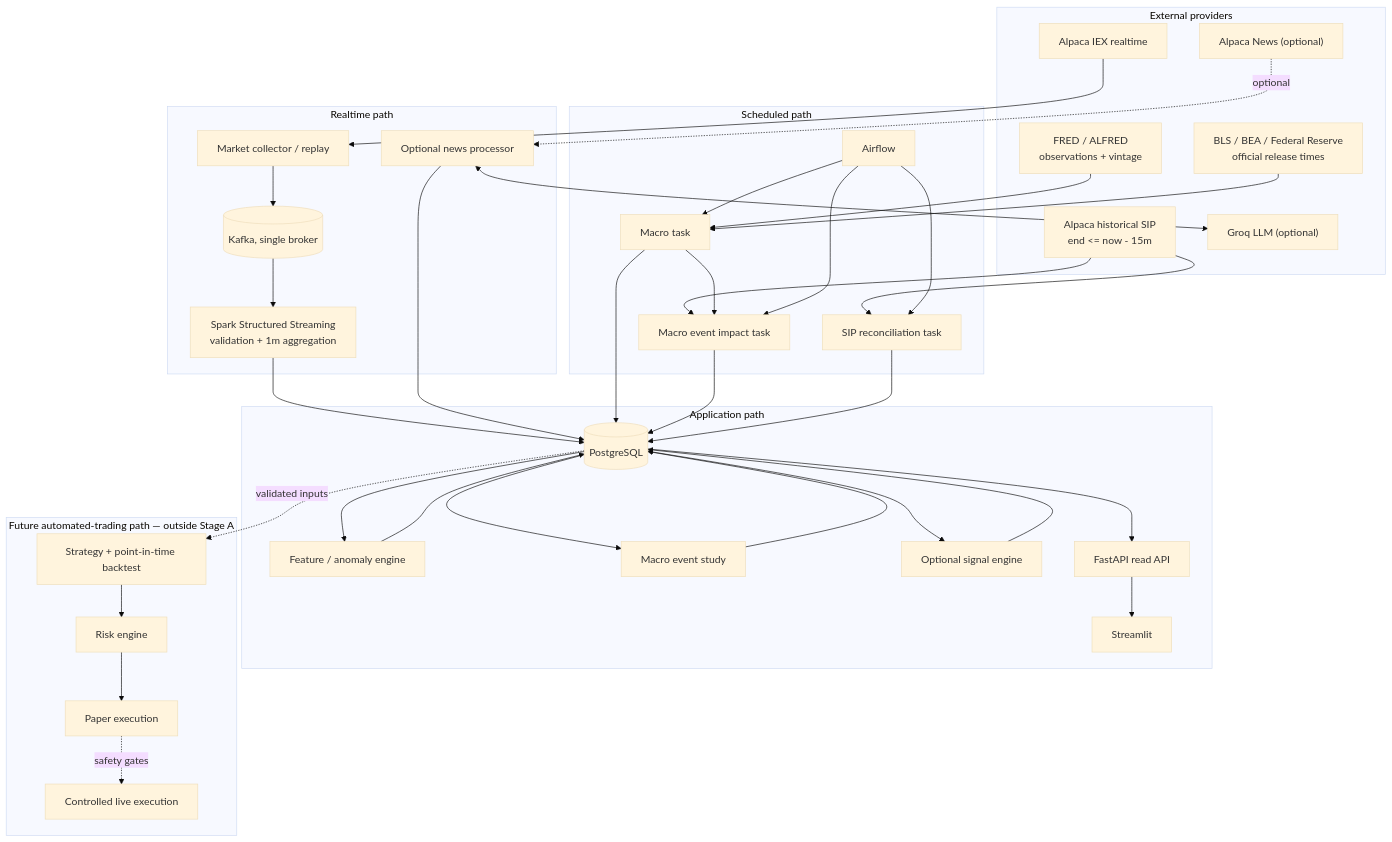
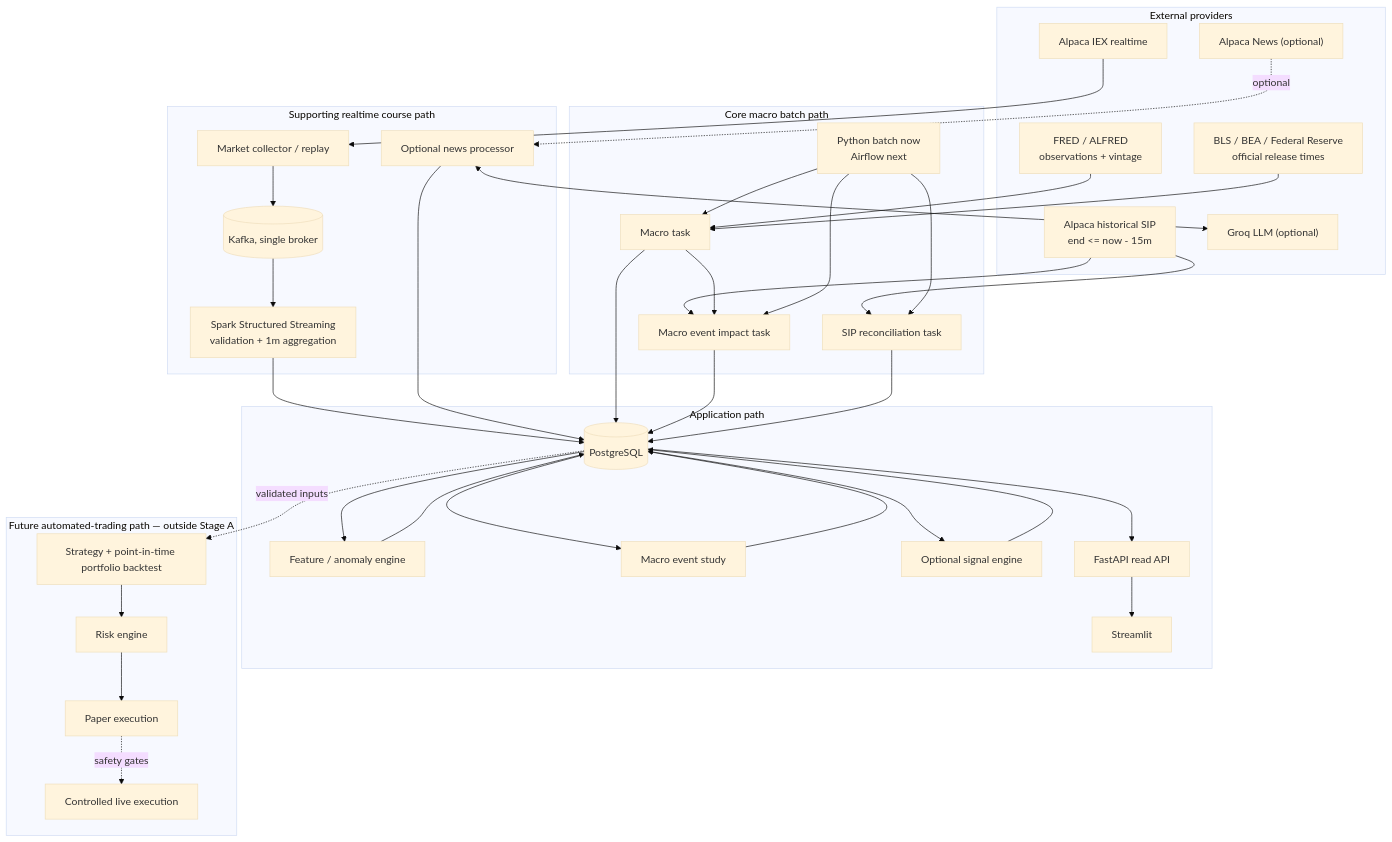
Before and after one commit to hjh6709/us-market-intelligence-pipeline: the first of 2 diagrams in docs/architecture.md, drawn with Mermaid (base theme). The commit also changed other lines of this file and 45 other files, not shown here.

````diff
--- a/docs/architecture.md
+++ b/docs/architecture.md
@@ -30,61 +33,61 @@
 ```mermaid
 flowchart TB
     subgraph External["External providers"]
       AI["Alpaca IEX realtime"]
       AS["Alpaca historical SIP\nend <= now - 15m"]
       AN["Alpaca News (optional)"]
       FR["FRED / ALFRED\nobservations + vintage"]
       OR["BLS / BEA / Federal Reserve\nofficial release times"]
       GR["Groq LLM (optional)"]
     end
 
-    subgraph Realtime["Realtime path"]
+    subgraph Realtime["Supporting realtime course path"]
       COL["Market collector / replay"]
       K[("Kafka, single broker")]
       SP["Spark Structured Streaming\nvalidation + 1m aggregation"]
       NP["Optional news processor"]
     end
 
-    subgraph Batch["Scheduled path"]
-      AF["Airflow"]
+    subgraph Batch["Core macro batch path"]
+      AF["Python batch now\nAirflow next"]
       MAC["Macro task"]
       IMP["Macro event impact task"]
       REC["SIP reconciliation task"]
     end
 
     subgraph Intelligence["Application path"]
       PG[("PostgreSQL")]
       FE["Feature / anomaly engine"]
       ME["Macro event study"]
       SE["Optional signal engine"]
       API["FastAPI read API"]
       UI["Streamlit"]
     end
 
     subgraph FutureTrading["Future automated-trading path — outside Stage A"]
-      ST["Strategy + point-in-time backtest"]
+      ST["Strategy + point-in-time portfolio backtest"]
       RK["Risk engine"]
       PE["Paper execution"]
       LE["Controlled live execution"]
     end
 
     AI --> COL --> K
     K --> SP --> PG
     AN -. optional .-> NP
     NP <--> GR
     NP --> PG
     FR --> MAC
     OR --> MAC
     AF --> MAC --> PG
     AS --> IMP
     MAC --> IMP
     AF --> IMP --> PG
     AS --> REC
     AF --> REC --> PG
     PG --> FE --> PG
     PG --> ME --> PG
     PG --> SE --> PG
     PG --> API --> UI
     PG -. validated inputs .-> ST --> RK --> PE
     PE -. safety gates .-> LE
 ```
````
